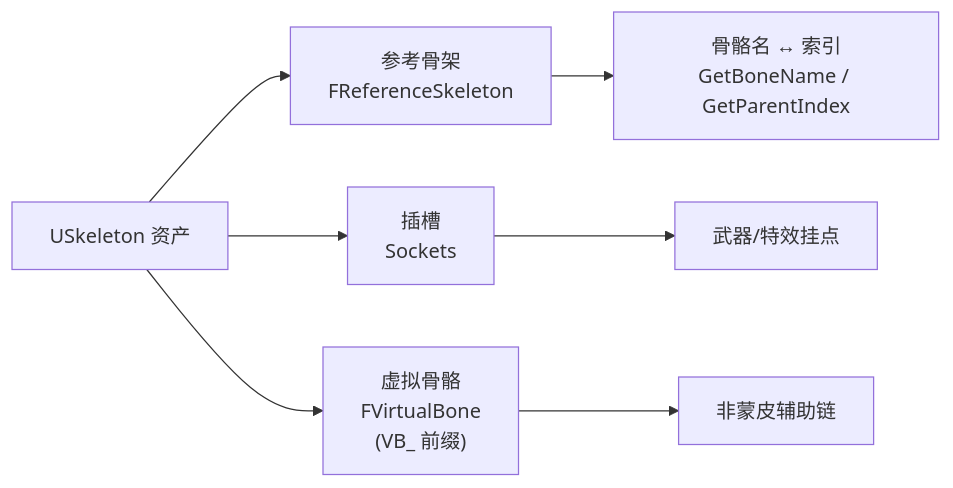
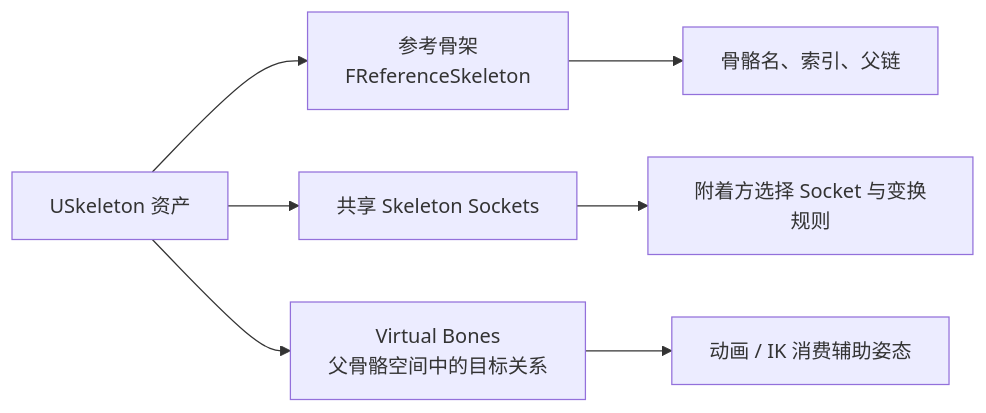
One commit to fantuan812/learning changed the third of 4 diagrams in 知识/04-图形动画与物理仿真/动画求值与角色表现/07-动画资产与骨骼基础.md. Above: the diagram before and after it, drawn with Mermaid. The commit also changed other lines of this file and 2 other files, not shown here.

````diff
--- a/知识/04-图形动画与物理仿真/动画求值与角色表现/07-动画资产与骨骼基础.md
+++ b/知识/04-图形动画与物理仿真/动画求值与角色表现/07-动画资产与骨骼基础.md
@@ -174,9 +239,9 @@
 ```mermaid
 flowchart LR
     SK["USkeleton 资产"] --> RS["参考骨架<br/>FReferenceSkeleton"]
-    SK --> SO["插槽<br/>Sockets"]
-    SK --> VB["虚拟骨骼<br/>FVirtualBone<br/>(VB_ 前缀)"]
-    RS --> BA["骨骼名 ↔ 索引<br/>GetBoneName / GetParentIndex"]
-    SO --> SW["武器/特效挂点"]
-    VB --> VC["非蒙皮辅助链"]
+    SK --> SO["共享 Skeleton Sockets"]
+    SK --> VB["Virtual Bones<br/>父骨骼空间中的目标关系"]
+    RS --> BA["骨骼名、索引、父链"]
+    SO --> SW["附着方选择 Socket 与变换规则"]
+    VB --> VC["动画 / IK 消费辅助姿态"]
 ```
````
